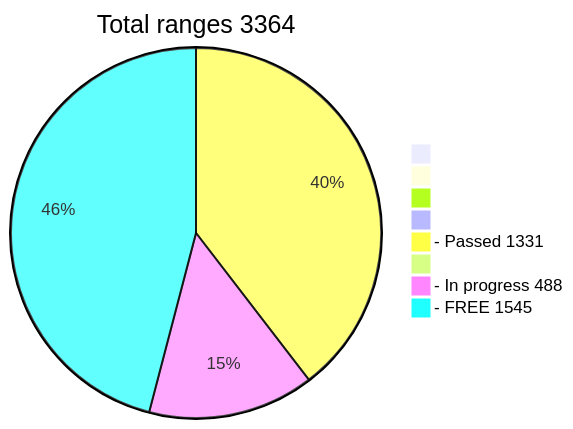
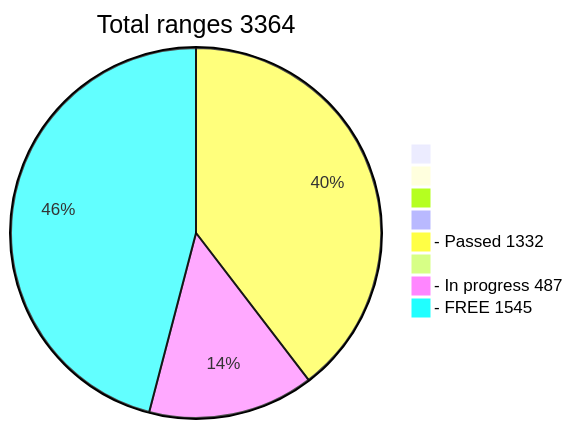
One commit to phrutis/wif500 changed the diagram in README.md. Above: the diagram before and after it, drawn with Mermaid.

````diff
--- a/README.md
+++ b/README.md
@@ -16,12 +16,12 @@
 ```mermaid
 pie title Total ranges 3364
              " " : 0
             "  " : 0
            "   " : 0
           "    " : 0
-  "- Passed 1331" : 1331
+  "- Passed 1332" : 1332
          "     " : 0
-  "- In progress 488" : 488
+  "- In progress 487" : 487
    "- FREE 1545" : 1545
    
 ```
````
